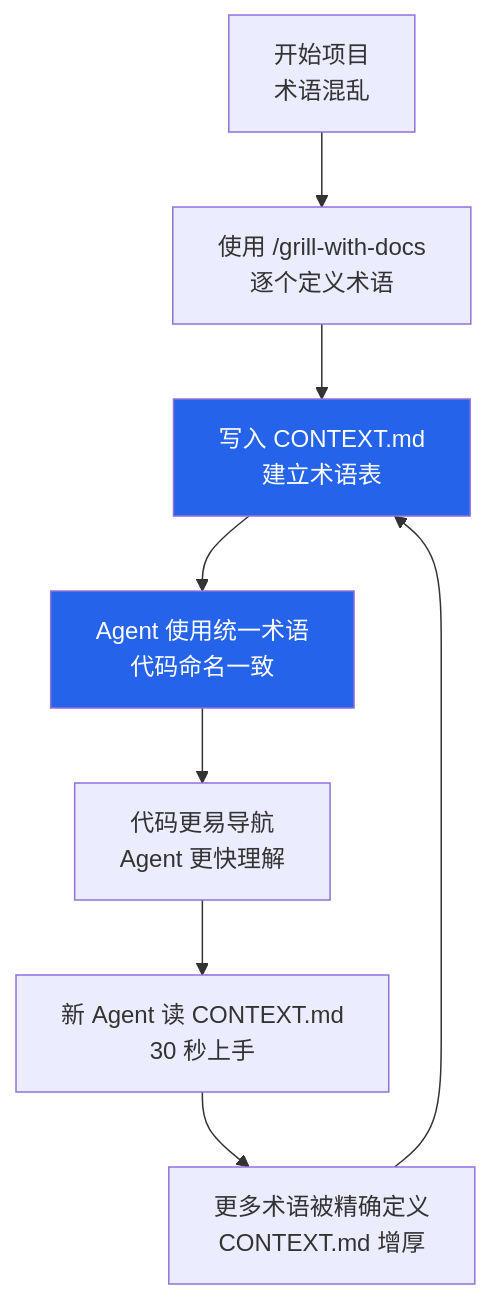
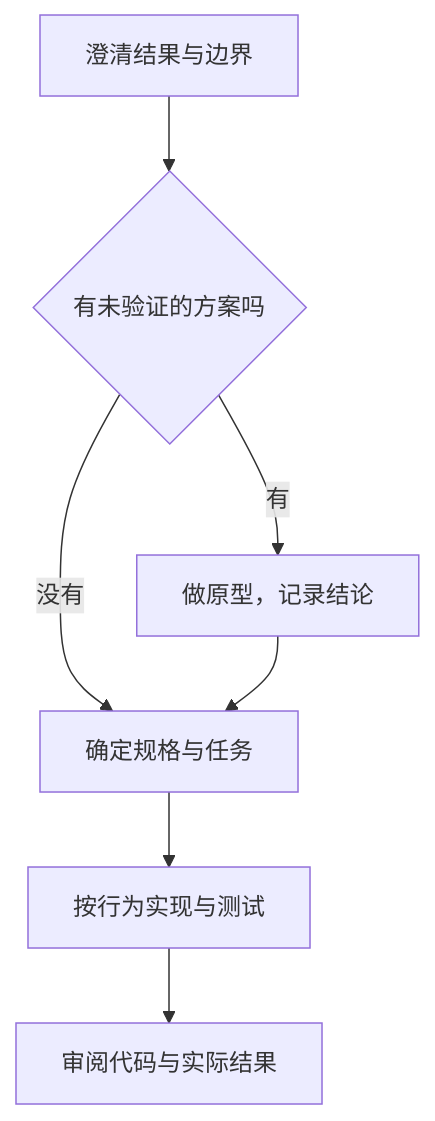
The diagram in src/content/docs/ai-workflow/11-mattpocock-skills-deep-dive.md (ALVIN-YANG/alvin-notes), drawn with Mermaid before and after one commit. The commit also changed other lines of this file and 1 other file, not shown here.

````diff
--- a/src/content/docs/ai-workflow/11-mattpocock-skills-deep-dive.md
+++ b/src/content/docs/ai-workflow/11-mattpocock-skills-deep-dive.md
@@ -476,13 +29,9 @@
 ```mermaid
-flowchart TD
-    A["开始项目<br/>术语混乱"] --> B["使用 /grill-with-docs<br/>逐个定义术语"]
-    B --> C["写入 CONTEXT.md<br/>建立术语表"]
-    C --> D["Agent 使用统一术语<br/>代码命名一致"]
-    D --> E["代码更易导航<br/>Agent 更快理解"]
-    E --> F["新 Agent 读 CONTEXT.md<br/>30 秒上手"]
-    F --> G["更多术语被精确定义<br/>CONTEXT.md 增厚"]
-    G --> C
-
-    style C fill:#2563eb,color:#fff
-    style D fill:#2563eb,color:#fff
+flowchart TB
+  A["澄清结果与边界"] --> B{"有未验证的方案吗"}
+  B -->|有| C["做原型，记录结论"]
+  B -->|没有| D["确定规格与任务"]
+  C --> D
+  D --> E["按行为实现与测试"]
+  E --> F["审阅代码与实际结果"]
 ```
````
